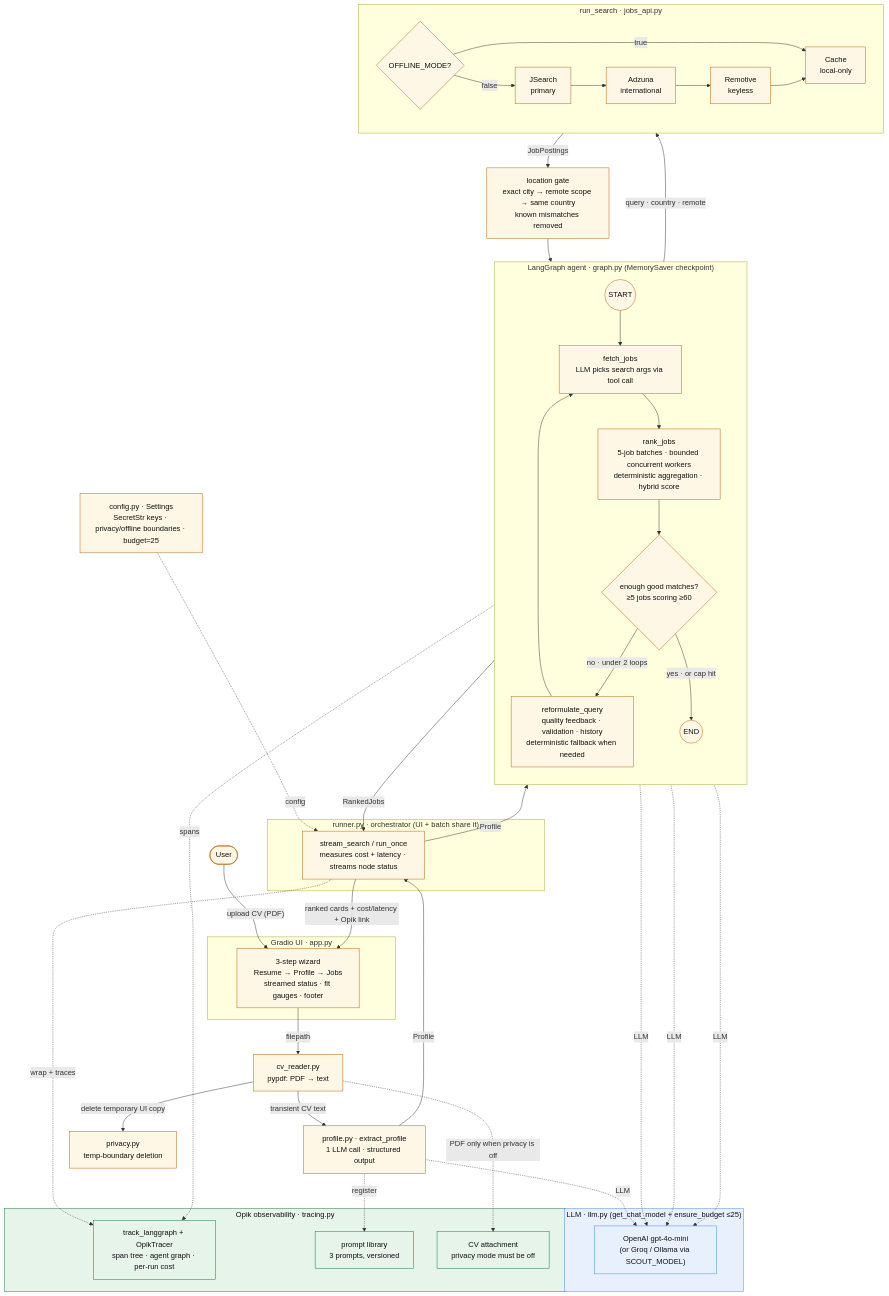
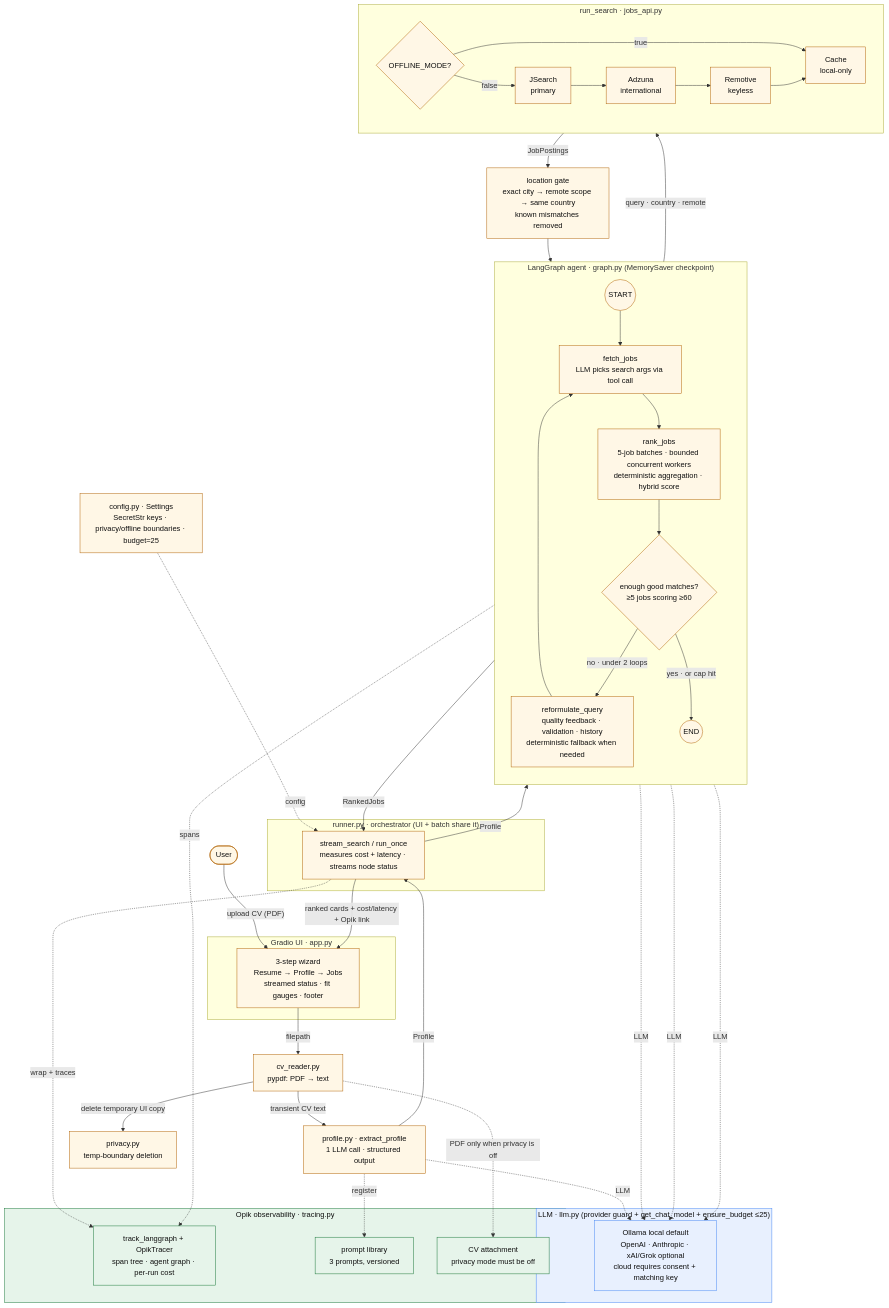
Before and after one commit to exitLQ/the-agent-that-got-me-rejected: the diagram in docs/architecture.md, drawn with Mermaid. The commit also changed other lines of this file and 19 other files, not shown here.

Commit message:
feat: add optional cloud model providers

````diff
--- a/docs/architecture.md
+++ b/docs/architecture.md
@@ -11,69 +11,69 @@
 ```mermaid
 flowchart TB
   U(["User"]) -->|"upload CV (PDF)"| UI
 
   subgraph UI_L["Gradio UI · app.py"]
     UI["3-step wizard<br/>Resume → Profile → Jobs<br/>streamed status · fit gauges · footer"]
   end
 
   UI -->|"filepath"| CVR["cv_reader.py<br/>pypdf: PDF → text"]
   CVR -->|"transient CV text"| EP["profile.py · extract_profile<br/>1 LLM call · structured output"]
   CVR -->|"delete temporary UI copy"| DEL["privacy.py<br/>temp-boundary deletion"]
   EP -->|"Profile"| RUN
 
   subgraph ORCH["runner.py · orchestrator (UI + batch share it)"]
     RUN["stream_search / run_once<br/>measures cost + latency · streams node status"]
   end
 
   RUN -->|"Profile"| G
 
   subgraph G["LangGraph agent · graph.py (MemorySaver checkpoint)"]
     direction TB
     S((START)) --> FJ
     FJ["fetch_jobs<br/>LLM picks search args via tool call"] --> RJ
     RJ["rank_jobs<br/>5-job batches · bounded concurrent workers<br/>deterministic aggregation · hybrid score"] --> D{"enough good matches?<br/>≥5 jobs scoring ≥60"}
     D -->|"no · under 2 loops"| RQ["reformulate_query<br/>quality feedback · validation · history<br/>deterministic fallback when needed"]
     RQ --> FJ
     D -->|"yes · or cap hit"| E((END))
   end
 
   FJ -->|"query · country · remote"| SRCH
   subgraph SRCH["run_search · jobs_api.py"]
     direction LR
     MODE{"OFFLINE_MODE?"} -->|"true"| CA["Cache<br/>local-only"]
     MODE -->|"false"| JS["JSearch<br/>primary"]
     JS --> AZ["Adzuna<br/>international"] --> RM["Remotive<br/>keyless"] --> CA
   end
   SRCH -->|"JobPostings"| LOC["location gate<br/>exact city → remote scope → same country<br/>known mismatches removed"]
   LOC --> RJ
 
   E -->|"RankedJobs"| RUN
   RUN -->|"ranked cards + cost/latency + Opik link"| UI
 
-  subgraph LLM_L["LLM · llm.py (get_chat_model + ensure_budget ≤25)"]
-    OA["OpenAI gpt-4o-mini<br/>(or Groq / Ollama via SCOUT_MODEL)"]
+  subgraph LLM_L["LLM · llm.py (provider guard + get_chat_model + ensure_budget ≤25)"]
+    OA["Ollama local default<br/>OpenAI · Anthropic · xAI/Grok optional<br/>cloud requires consent + matching key"]
   end
   EP -. "LLM" .-> OA
   FJ -. "LLM" .-> OA
   RJ -. "LLM" .-> OA
   RQ -. "LLM" .-> OA
 
   subgraph OBS["Opik observability · tracing.py"]
     TR["track_langgraph + OpikTracer<br/>span tree · agent graph · per-run cost"]
     PL["prompt library<br/>3 prompts, versioned"]
     AT["CV attachment<br/>privacy mode must be off"]
   end
   RUN -. "wrap + traces" .-> TR
   G -. "spans" .-> TR
   EP -. "register" .-> PL
   CVR -. "PDF only when privacy is off" .-> AT
 
   CFG["config.py · Settings<br/>SecretStr keys · privacy/offline boundaries · budget=25"] -. "config" .-> RUN
 
   classDef llm fill:#e8f0fe,stroke:#4285f4,color:#111;
   classDef obs fill:#e6f4ea,stroke:#137333,color:#111;
   classDef node fill:#fff7e6,stroke:#b06000,color:#111;
   class OA,LLM_L llm;
   class TR,PL,AT,OBS obs;
   class FJ,RJ,RQ node;
 ```
````
